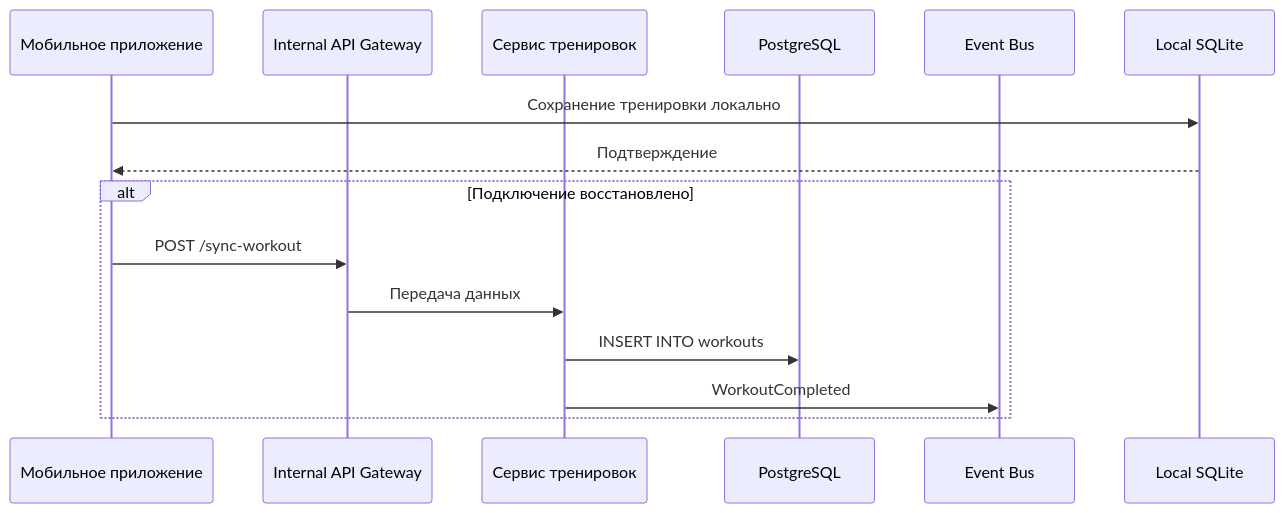
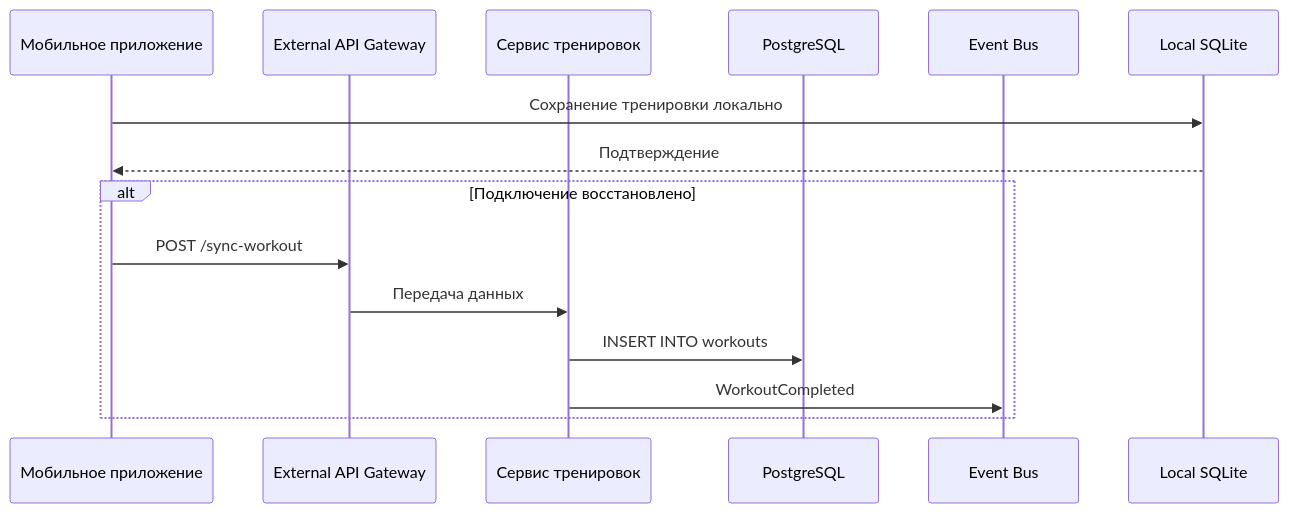
Before and after one commit to andreyantropov/architect-coursework: the diagram in architecture/application-usage-scenarios/offline-workout-sync.md, drawn with Mermaid. The commit also changed 9 other files, not shown here.

Commit message:
fix: Internal API Gateway заменен на External API Gateway во всех схемах (ChatGPT зачем-то переименовал при переносе из Google Disk в Gitlab).

````diff
--- a/architecture/application-usage-scenarios/offline-workout-sync.md
+++ b/architecture/application-usage-scenarios/offline-workout-sync.md
@@ -3,18 +3,18 @@
 ```mermaid
 sequenceDiagram
     participant M as Мобильное приложение
-    participant A as Internal API Gateway
+    participant A as External API Gateway
     participant W as Сервис тренировок
     participant DB as PostgreSQL
     participant E as Event Bus
     participant L as Local SQLite
 
     M->>L: Сохранение тренировки локально
     L-->>M: Подтверждение
     alt Подключение восстановлено
         M->>A: POST /sync-workout
         A->>W: Передача данных
         W->>DB: INSERT INTO workouts
         W->>E: WorkoutCompleted
     end
 ```
````
